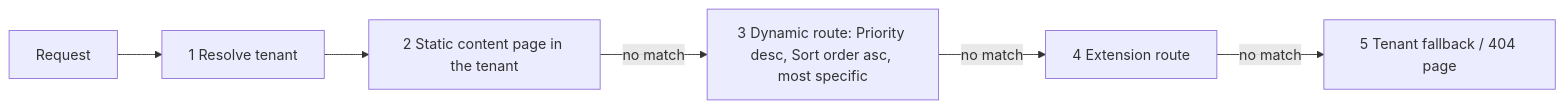
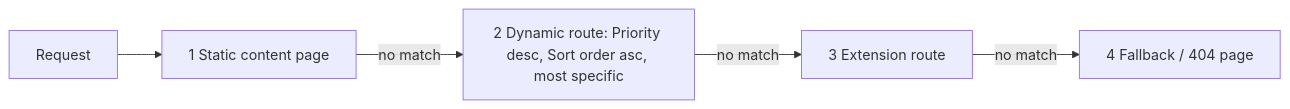
Before and after one commit to Albadit/DotNetForge: the fourth of 4 diagrams in .docs/features/content-pages-and-routing.md, drawn with Mermaid. The commit also changed other lines of this file and 306 other files, not shown here.

````diff
--- a/.docs/features/content-pages-and-routing.md
+++ b/.docs/features/content-pages-and-routing.md
@@ -469,8 +462,7 @@
 ```mermaid
 flowchart LR
-    R["Request"] --> T["1 Resolve tenant"]
-    T --> S["2 Static content page in the tenant"]
-    S -- "no match" --> D["3 Dynamic route: Priority desc, Sort order asc, most specific"]
-    D -- "no match" --> E["4 Extension route"]
-    E -- "no match" --> F["5 Tenant fallback / 404 page"]
+    R["Request"] --> S["1 Static content page"]
+    S -- "no match" --> D["2 Dynamic route: Priority desc, Sort order asc, most specific"]
+    D -- "no match" --> E["3 Extension route"]
+    E -- "no match" --> F["4 Fallback / 404 page"]
 ```
````
